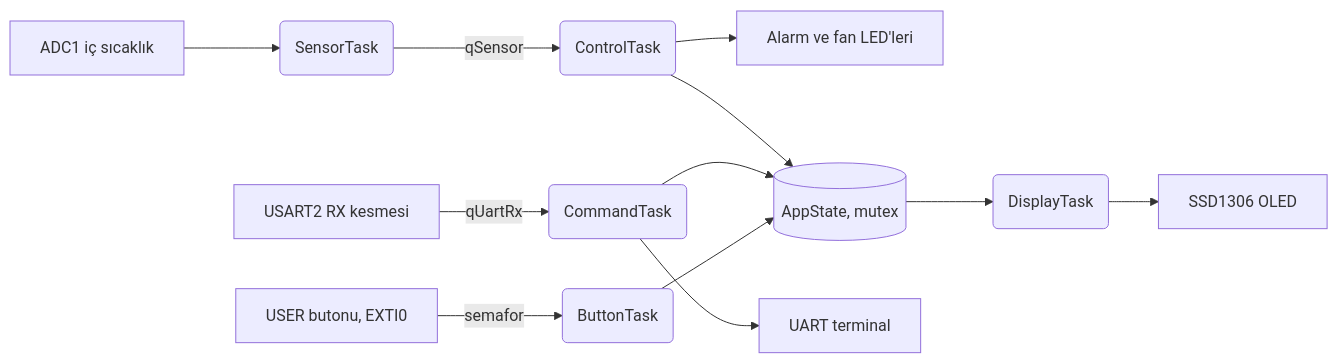
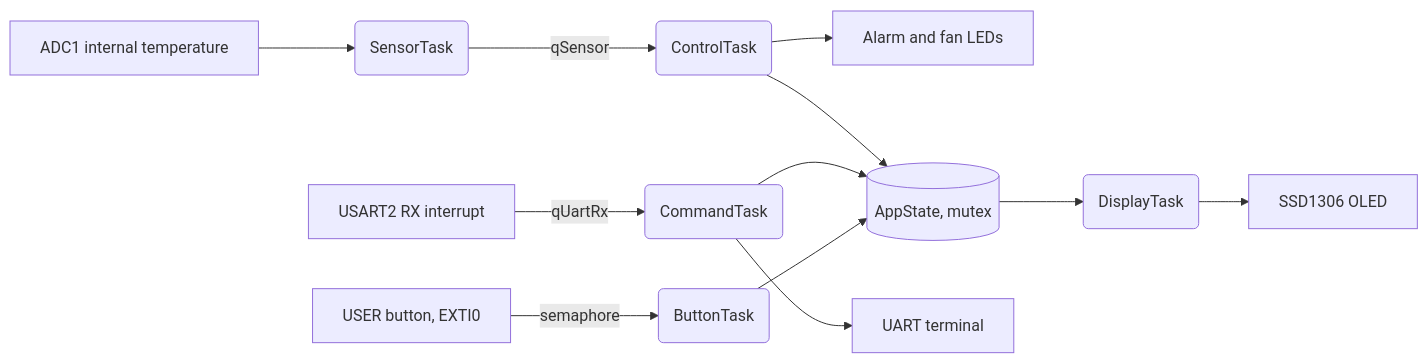
Before and after one commit to meyubcan/stm32-freertos-smart-home: the first of 2 diagrams in README.md, drawn with Mermaid. The commit also changed other lines of this file and 1 other file, not shown here.

````diff
--- a/README.md
+++ b/README.md
@@ -11,14 +15,14 @@
 ```mermaid
 flowchart LR
-    ADC[ADC1 iç sıcaklık] --> S(SensorTask)
+    ADC[ADC1 internal temperature] --> S(SensorTask)
     S -- qSensor --> C(ControlTask)
-    C --> LED[Alarm ve fan LED'leri]
-    RX[USART2 RX kesmesi] -- qUartRx --> CMD(CommandTask)
-    BTN[USER butonu, EXTI0] -- semafor --> B(ButtonTask)
+    C --> LED[Alarm and fan LEDs]
+    RX[USART2 RX interrupt] -- qUartRx --> CMD(CommandTask)
+    BTN[USER button, EXTI0] -- semaphore --> B(ButtonTask)
     C --> ST[(AppState, mutex)]
     CMD --> ST
     B --> ST
     ST --> D(DisplayTask)
     D --> OLED[SSD1306 OLED]
     CMD --> TX[UART terminal]
 ```
````
